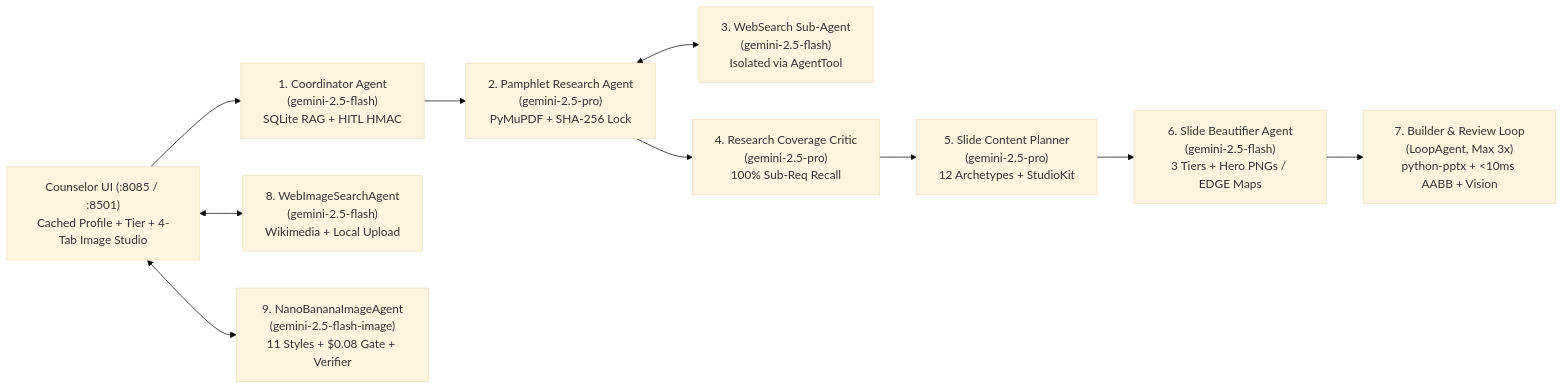
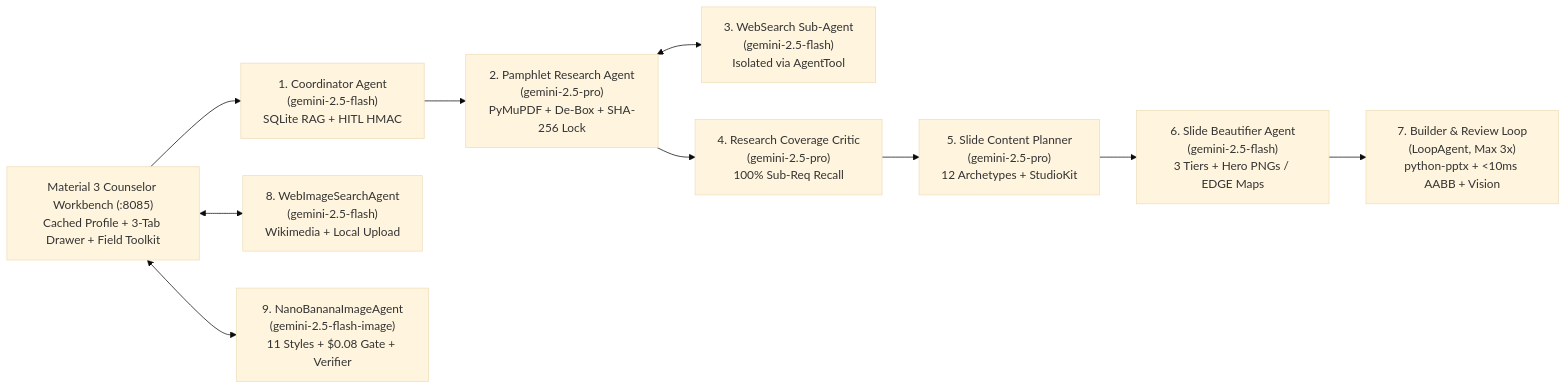
One commit to clayberg/scouts-bsa-merit-badge-agent changed the diagram in docs/TDD.md. Above: the diagram before and after it, drawn with Mermaid (base theme). The commit also changed other lines of this file and 35 other files, not shown here.

````diff
--- a/docs/TDD.md
+++ b/docs/TDD.md
@@ -65,12 +68,12 @@
 ```mermaid
 flowchart LR
-    UI["Counselor UI (:8085 / :8501)\nCached Profile + Tier + 4-Tab Image Studio"] --> COORD["1. Coordinator Agent\n(gemini-2.5-flash)\nSQLite RAG + HITL HMAC"]
-    COORD --> RES["2. Pamphlet Research Agent\n(gemini-2.5-pro)\nPyMuPDF + SHA-256 Lock"]
+    UI["Material 3 Counselor Workbench (:8085)\nCached Profile + 3-Tab Drawer + Field Toolkit"] --> COORD["1. Coordinator Agent\n(gemini-2.5-flash)\nSQLite RAG + HITL HMAC"]
+    COORD --> RES["2. Pamphlet Research Agent\n(gemini-2.5-pro)\nPyMuPDF + De-Box + SHA-256 Lock"]
     RES <--> SEARCH["3. WebSearch Sub-Agent\n(gemini-2.5-flash)\nIsolated via AgentTool"]
     RES --> RCRIT["4. Research Coverage Critic\n(gemini-2.5-pro)\n100% Sub-Req Recall"]
     RCRIT --> PLAN["5. Slide Content Planner\n(gemini-2.5-pro)\n12 Archetypes + StudioKit"]
     PLAN --> BEAUT["6. Slide Beautifier Agent\n(gemini-2.5-flash)\n3 Tiers + Hero PNGs / EDGE Maps"]
     BEAUT --> LOOP["7. Builder & Review Loop\n(LoopAgent, Max 3x)\npython-pptx + <10ms AABB + Vision"]
     UI <--> IMG_WEB["8. WebImageSearchAgent\n(gemini-2.5-flash)\nWikimedia + Local Upload"]
     UI <--> IMG_AI["9. NanoBananaImageAgent\n(gemini-2.5-flash-image)\n11 Styles + $0.08 Gate + Verifier"]
 ```
````
